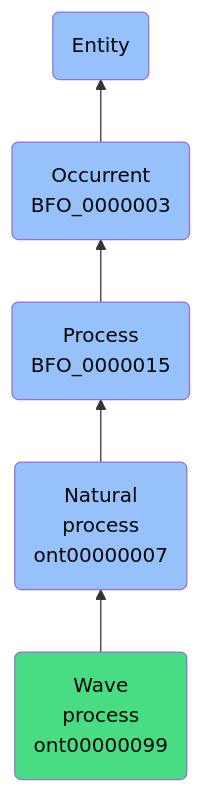
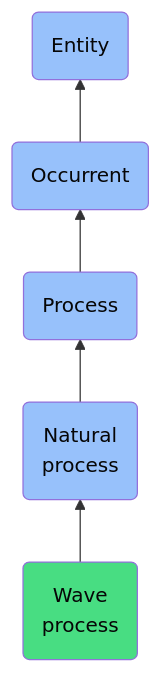
Before and after one commit to jupyter-naas/abi: the diagram in docs/ontology/reference/model/Entity/Occurrent/Process/Natural process/Wave process/Wave process.md, drawn with Mermaid. The commit also changed other lines of this file and 1430 other files, not shown here.

````diff
--- a/docs/ontology/reference/model/Entity/Occurrent/Process/Natural process/Wave process/Wave process.md
+++ b/docs/ontology/reference/model/Entity/Occurrent/Process/Natural process/Wave process/Wave process.md
@@ -24,12 +24,12 @@
 ```mermaid
 graph BT
-    ont00000099(Wave<br>process<br>ont00000099):::ABI-->ont00000007
-    ont00000007(Natural<br>process<br>ont00000007):::BFO-->BFO_0000015
-    BFO_0000015(Process<br>BFO_0000015):::BFO-->BFO_0000003
-    BFO_0000003(Occurrent<br>BFO_0000003):::BFO-->BFO_0000001
+    ont00000099(Wave<br>process):::ABI-->ont00000007
+    ont00000007(Natural<br>process):::BFO-->BFO_0000015
+    BFO_0000015(Process):::BFO-->BFO_0000003
+    BFO_0000003(Occurrent):::BFO-->BFO_0000001
     BFO_0000001(Entity):::BFO
     
     classDef BFO fill:#97c1fb,color:#060606
     classDef CCO fill:#e4c51e,color:#060606
     classDef ABI fill:#48DD82,color:#060606
 ```
````
